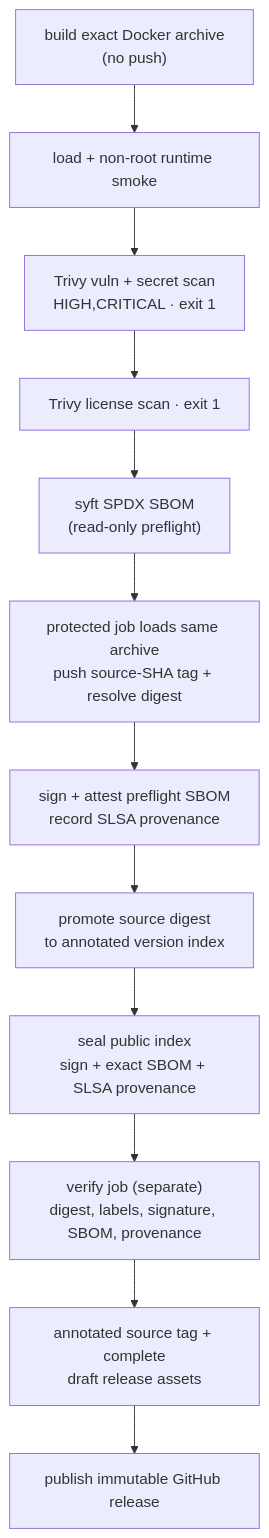
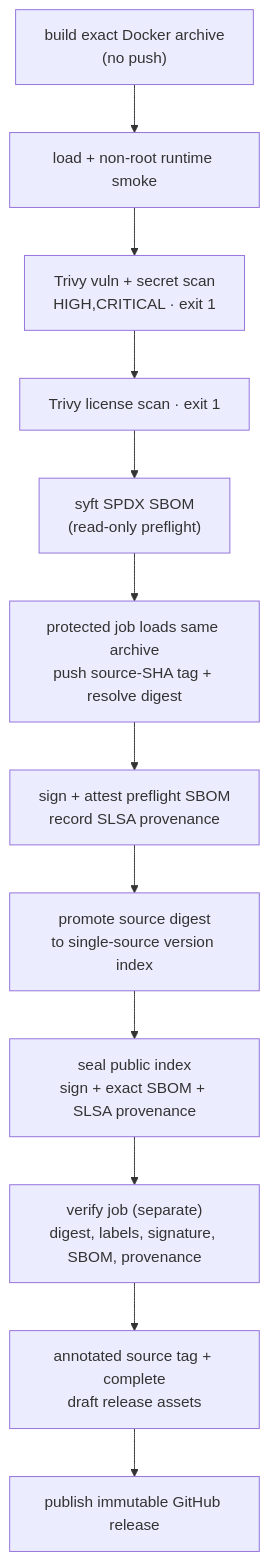
The second of 2 diagrams in docs/6. Platform/6.1. Containers.md (LuiGGi629/agentops-open-course), drawn with Mermaid before and after one commit. The commit also changed 8 other files, not shown here.

````diff
--- a/docs/6. Platform/6.1. Containers.md
+++ b/docs/6. Platform/6.1. Containers.md
@@ -193,14 +193,14 @@
     ```mermaid
     flowchart TD
         B["build exact Docker archive<br/>(no push)"] --> L["load + non-root runtime smoke"]
         L --> S1["Trivy vuln + secret scan<br/>HIGH,CRITICAL · exit 1"]
         S1 --> S2["Trivy license scan · exit 1"]
         S2 --> SB["syft SPDX SBOM<br/>(read-only preflight)"]
         SB --> P["protected job loads same archive<br/>push source-SHA tag + resolve digest"]
         P --> SG["sign + attest preflight SBOM<br/>record SLSA provenance"]
-        SG --> T["promote source digest<br/>to annotated version index"]
+        SG --> T["promote source digest<br/>to single-source version index"]
         T --> Seal["seal public index<br/>sign + exact SBOM + SLSA provenance"]
         Seal --> V["verify job (separate)<br/>digest, labels, signature, SBOM, provenance"]
         V --> R["annotated source tag + complete<br/>draft release assets"]
         R --> Pub["publish immutable GitHub release"]
     ```
````
